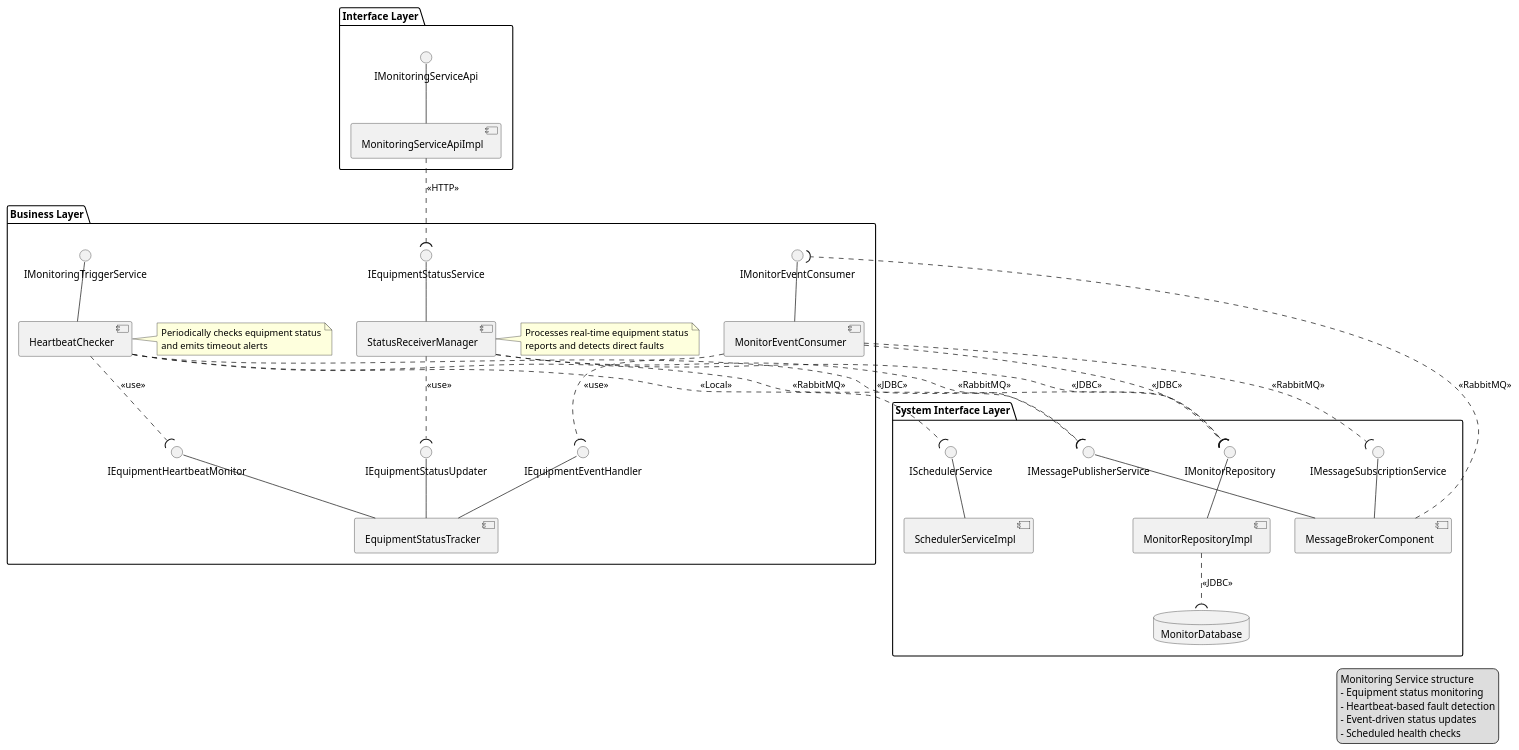
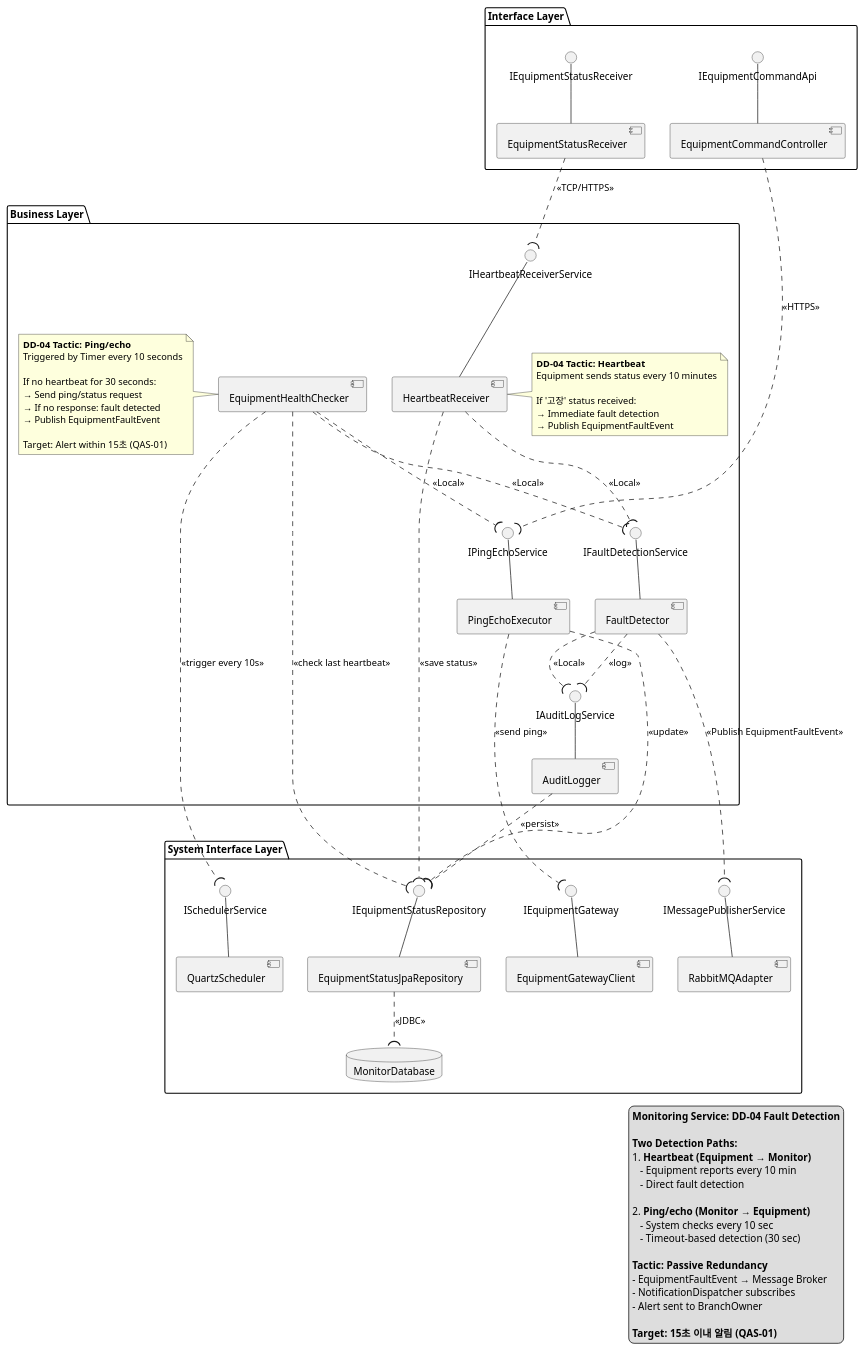
Before and after one commit to yoon2eyo/GITHUB: the diagram in ComponentDiagram/05_MonitoringServiceComponent.puml, drawn with PlantUML. The commit also changed 249 other files, not shown here.

```diff
--- a/ComponentDiagram/05_MonitoringServiceComponent.puml
+++ b/ComponentDiagram/05_MonitoringServiceComponent.puml
@@ -1,92 +1,131 @@
 @startuml MonitoringServiceComponent
-' MonitoringService_component.puml (가이드 준수)
+' MonitoringService_component.puml (DD-04: Fault Detection & Real-time Notification)
+' Tactic: Heartbeat, Ping/echo, Maintain Audit Trail, Passive Redundancy
 
 package "Interface Layer" {
-  interface IMonitoringServiceApi
-  component MonitoringServiceApiImpl
-  IMonitoringServiceApi -- MonitoringServiceApiImpl
+  interface IEquipmentStatusReceiver
+  interface IEquipmentCommandApi
+  
+  component EquipmentStatusReceiver
+  component EquipmentCommandController
+  
+  IEquipmentStatusReceiver -- EquipmentStatusReceiver
+  IEquipmentCommandApi -- EquipmentCommandController
 }
 
 package "Business Layer" {
-  interface IEquipmentStatusService
-  interface IMonitoringTriggerService
-  interface IMonitorEventConsumer
-  interface IEquipmentStatusUpdater
-  interface IEquipmentHeartbeatMonitor
-  interface IEquipmentEventHandler
+  ' Tactic: Heartbeat (Equipment-driven reporting)
+  interface IHeartbeatReceiverService
+  interface IFaultDetectionService
   
-  component StatusReceiverManager
-  component HeartbeatChecker
-  component MonitorEventConsumer
-  component EquipmentStatusTracker
+  component HeartbeatReceiver
+  component FaultDetector
   
-  ' Service implementations
-  IEquipmentStatusService -- StatusReceiverManager
-  IMonitoringTriggerService -- HeartbeatChecker
-  IMonitorEventConsumer -- MonitorEventConsumer
-  IEquipmentStatusUpdater -- EquipmentStatusTracker
-  IEquipmentHeartbeatMonitor -- EquipmentStatusTracker
-  IEquipmentEventHandler -- EquipmentStatusTracker
+  IHeartbeatReceiverService -- HeartbeatReceiver
+  IFaultDetectionService -- FaultDetector
   
-  ' Business layer internal relationships
-  StatusReceiverManager ..( IEquipmentStatusUpdater : <<use>>
-  HeartbeatChecker ..( IEquipmentHeartbeatMonitor : <<use>>
-  MonitorEventConsumer ..( IEquipmentEventHandler : <<use>>
-
-  note right of HeartbeatChecker
-    Periodically checks equipment status
-    and emits timeout alerts
+  HeartbeatReceiver ..( IFaultDetectionService : <<Local>>
+  
+  note right of HeartbeatReceiver
+    **DD-04 Tactic: Heartbeat**
+    Equipment sends status every 10 minutes
+    
+    If '고장' status received:
+    → Immediate fault detection
+    → Publish EquipmentFaultEvent
   end note
-
-  note right of StatusReceiverManager
-    Processes real-time equipment status
-    reports and detects direct faults
+  
+  ' Tactic: Ping/echo (System-driven monitoring)
+  interface IPingEchoService
+  
+  component EquipmentHealthChecker
+  component PingEchoExecutor
+  
+  IPingEchoService -- PingEchoExecutor
+  
+  EquipmentHealthChecker ..( IPingEchoService : <<Local>>
+  EquipmentHealthChecker ..( IFaultDetectionService : <<Local>>
+  
+  note left of EquipmentHealthChecker
+    **DD-04 Tactic: Ping/echo**
+    Triggered by Timer every 10 seconds
+    
+    If no heartbeat for 30 seconds:
+    → Send ping/status request
+    → If no response: fault detected
+    → Publish EquipmentFaultEvent
+    
+    Target: Alert within 15초 (QAS-01)
   end note
+  
+  ' Tactic: Maintain Audit Trail
+  interface IAuditLogService
+  component AuditLogger
+  
+  IAuditLogService -- AuditLogger
+  
+  FaultDetector ..( IAuditLogService : <<Local>>
 }
 
 package "System Interface Layer" {
-  interface IMonitorRepository
+  interface IEquipmentStatusRepository
+  interface IEquipmentGateway
+  interface ISchedulerService
   interface IMessagePublisherService
-  interface IMessageSubscriptionService
-  interface ISchedulerService
   
-  component MonitorRepositoryImpl
-  component MessageBrokerComponent
-  component SchedulerServiceImpl
+  component EquipmentStatusJpaRepository
+  component EquipmentGatewayClient
+  component QuartzScheduler
+  component RabbitMQAdapter
+  
   database MonitorDatabase
   
-  ' System interface implementations
-  IMonitorRepository -- MonitorRepositoryImpl
-  IMessagePublisherService -- MessageBrokerComponent
-  IMessageSubscriptionService -- MessageBrokerComponent
-  ISchedulerService -- SchedulerServiceImpl
+  IEquipmentStatusRepository -- EquipmentStatusJpaRepository
+  IEquipmentGateway -- EquipmentGatewayClient
+  ISchedulerService -- QuartzScheduler
+  IMessagePublisherService -- RabbitMQAdapter
   
-  ' System dependencies
-  MonitorRepositoryImpl ..( MonitorDatabase : <<JDBC>>
-  MessageBrokerComponent ..( IMonitorEventConsumer : <<RabbitMQ>>
+  EquipmentStatusJpaRepository ..( MonitorDatabase : <<JDBC>>
 }
 
-' 패키지 외부 연결
-' Interface Layer -> Business Layer
-MonitoringServiceApiImpl ..( IEquipmentStatusService : <<HTTP>>
+' Package external connections (Interface Layer → Business Layer)
+EquipmentStatusReceiver ..( IHeartbeatReceiverService : <<TCP/HTTPS>>
+EquipmentCommandController ..( IPingEchoService : <<HTTPS>>
 
-' Business Layer -> Message Broker 연결
-StatusReceiverManager ..( IMessagePublisherService : <<RabbitMQ>>
-HeartbeatChecker ..( IMessagePublisherService : <<RabbitMQ>>
-MonitorEventConsumer ..( IMessageSubscriptionService : <<RabbitMQ>>
+' Business Layer → System Interface Layer
 
-' Business Layer -> System Interface Layer
-StatusReceiverManager ..( IMonitorRepository : <<JDBC>>
-HeartbeatChecker ..( IMonitorRepository : <<JDBC>>
-MonitorEventConsumer ..( IMonitorRepository : <<JDBC>>
-HeartbeatChecker ..( ISchedulerService : <<Local>>
+' Heartbeat flow
+HeartbeatReceiver ..( IEquipmentStatusRepository : <<save status>>
+FaultDetector ..( IMessagePublisherService : <<Publish EquipmentFaultEvent>>
+FaultDetector ..( IAuditLogService : <<log>>
+
+' Ping/echo flow
+EquipmentHealthChecker ..( ISchedulerService : <<trigger every 10s>>
+EquipmentHealthChecker ..( IEquipmentStatusRepository : <<check last heartbeat>>
+PingEchoExecutor ..( IEquipmentGateway : <<send ping>>
+PingEchoExecutor ..( IEquipmentStatusRepository : <<update>>
+
+' Audit trail
+AuditLogger ..( IEquipmentStatusRepository : <<persist>>
 
 legend right
-  Monitoring Service structure
-  - Equipment status monitoring
-  - Heartbeat-based fault detection
-  - Event-driven status updates
-  - Scheduled health checks
+  **Monitoring Service: DD-04 Fault Detection**
+  
+  **Two Detection Paths:**
+  1. **Heartbeat (Equipment → Monitor)**
+     - Equipment reports every 10 min
+     - Direct fault detection
+  
+  2. **Ping/echo (Monitor → Equipment)**
+     - System checks every 10 sec
+     - Timeout-based detection (30 sec)
+  
+  **Tactic: Passive Redundancy**
+  - EquipmentFaultEvent → Message Broker
+  - NotificationDispatcher subscribes
+  - Alert sent to BranchOwner
+  
+  **Target: 15초 이내 알림 (QAS-01)**
 end legend
 
 @enduml
```
